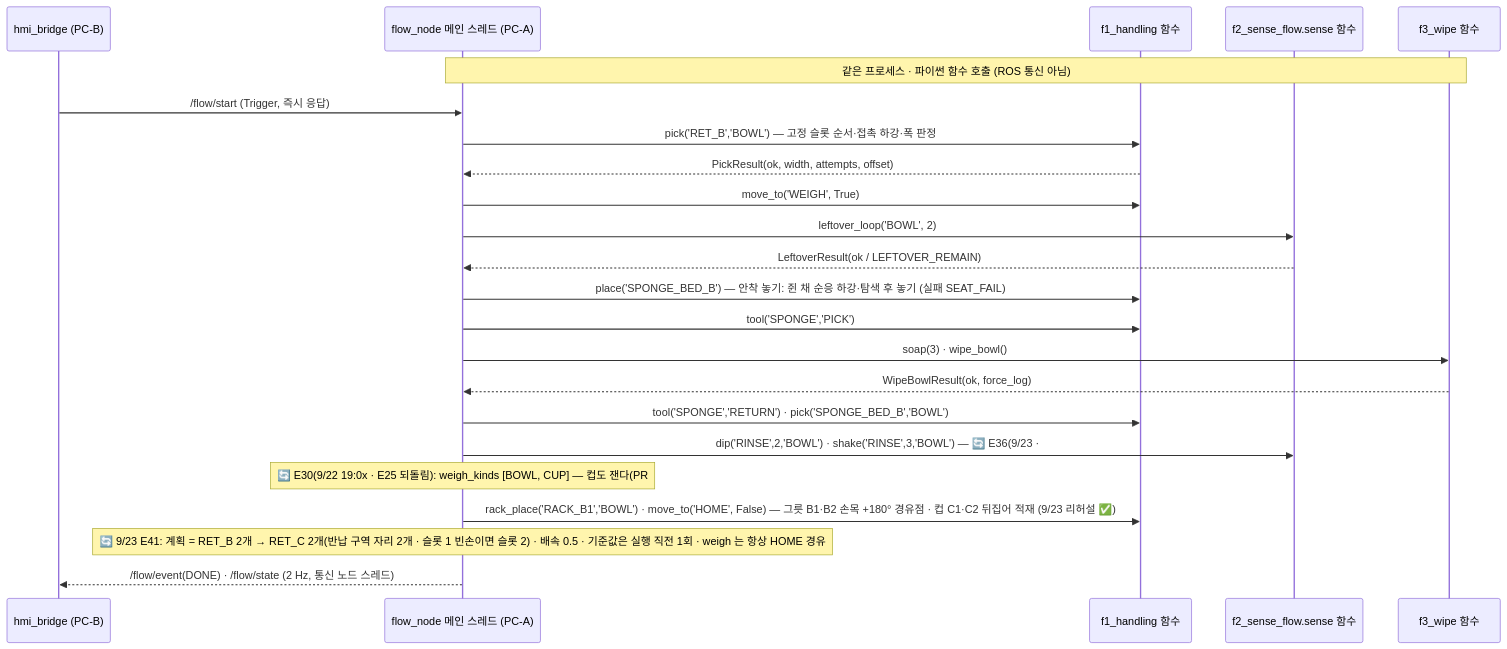
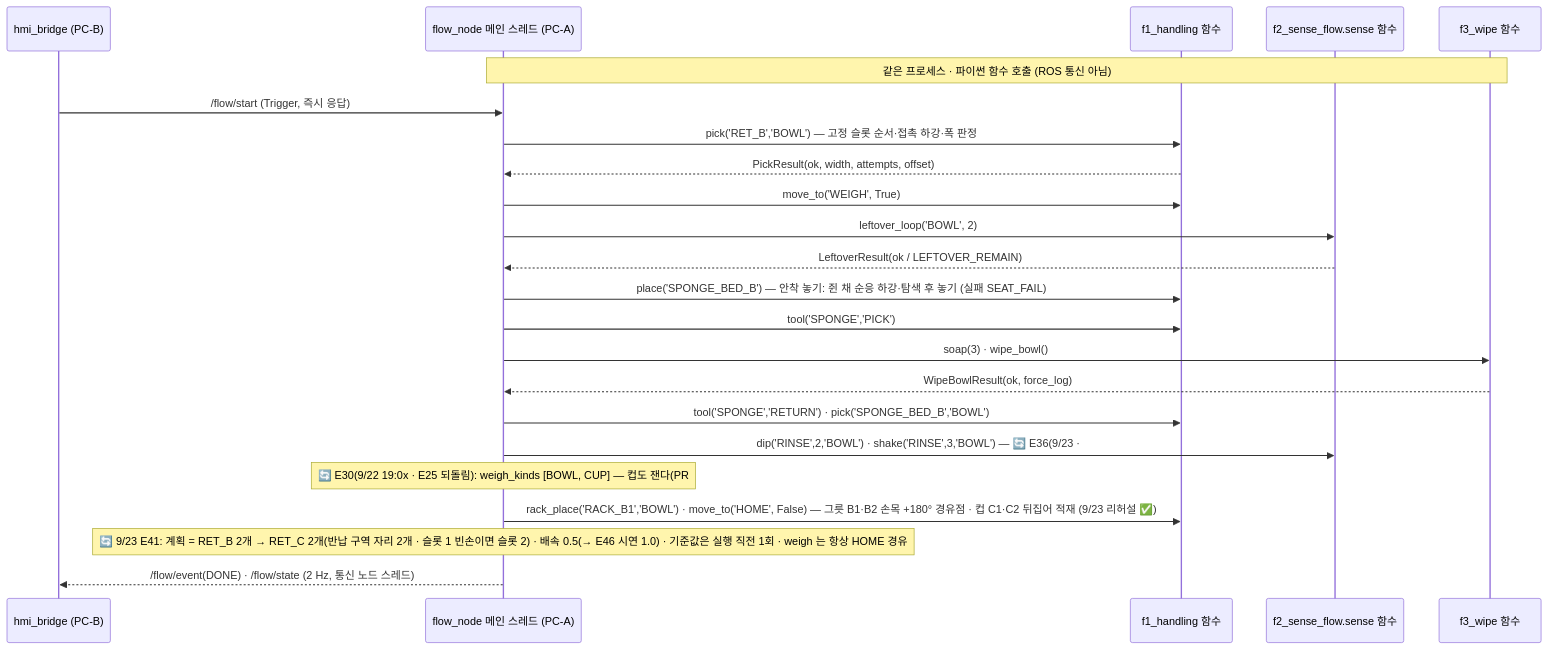
One commit to abyssGo/rokey_9_pjt1_D2 changed the first of 2 diagrams in docs/03_설계_SDD.md. Above: the diagram before and after it, drawn with Mermaid. The commit also changed other lines of this file and 3 other files, not shown here.

````diff
--- a/docs/03_설계_SDD.md
+++ b/docs/03_설계_SDD.md
@@ -216,25 +216,25 @@
 ```mermaid
 sequenceDiagram
   participant H as hmi_bridge (PC-B)
   participant W as flow_node 메인 스레드 (PC-A)
   participant A as f1_handling 함수
   participant B as f2_sense_flow.sense 함수
   participant C as f3_wipe 함수
   Note over W,C: 같은 프로세스 · 파이썬 함수 호출 (ROS 통신 아님)
   H->>W: /flow/start (Trigger, 즉시 응답)
   W->>A: pick('RET_B','BOWL')  — 고정 슬롯 순서·접촉 하강·폭 판정
   A-->>W: PickResult(ok, width, attempts, offset)
   W->>A: move_to('WEIGH', True)
   W->>B: leftover_loop('BOWL', 2)
   B-->>W: LeftoverResult(ok / LEFTOVER_REMAIN)
   W->>A: place('SPONGE_BED_B')  — 안착 놓기: 쥔 채 순응 하강·탐색 후 놓기 (실패 SEAT_FAIL)
   W->>A: tool('SPONGE','PICK')
   W->>C: soap(3) · wipe_bowl()
   C-->>W: WipeBowlResult(ok, force_log)
   W->>A: tool('SPONGE','RETURN') · pick('SPONGE_BED_B','BOWL')
   W->>B: dip('RINSE',2,'BOWL') · shake('RINSE',3,'BOWL')  — 🔄 E36(9/23 · #89): 담금 2회 → 곧게 위로 → 털기 자세 RINSE_SHAKE 에서 J4 스플라인 3회(빠르게). 컵은 재파지가 옆면(CUP_SIDE · E38) · 털기 자세 J6 0
   Note over W: 🔄 E30(9/22 19:0x · E25 되돌림): weigh_kinds [BOWL, CUP] — 컵도 잰다(PR #79). 원리는 그대로 — kind 가 params `flow.weigh_kinds` 에 없으면 WEIGH 두 단계(move_to WEIGH · leftover_loop)를 건너뛴다(컵은 액체만 · 잔반 없음 · PR #70 FLOW-05). RINSE 담금·물 털기는 컵도 한다
   W->>A: rack_place('RACK_B1','BOWL') · move_to('HOME', False)  — 그릇 B1·B2 손목 +180° 경유점 · 컵 C1·C2 뒤집어 적재 (9/23 리허설 ✅)
-  Note over W: 🔄 9/23 E41: 계획 = RET_B 2개 → RET_C 2개(반납 구역 자리 2개 · 슬롯 1 빈손이면 슬롯 2) · 배속 0.5 · 기준값은 실행 직전 1회 · weigh 는 항상 HOME 경유
+  Note over W: 🔄 9/23 E41: 계획 = RET_B 2개 → RET_C 2개(반납 구역 자리 2개 · 슬롯 1 빈손이면 슬롯 2) · 배속 0.5(→ E46 시연 1.0) · 기준값은 실행 직전 1회 · weigh 는 항상 HOME 경유
   W-->>H: /flow/event(DONE) · /flow/state (2 Hz, 통신 노드 스레드)
 ```
````
